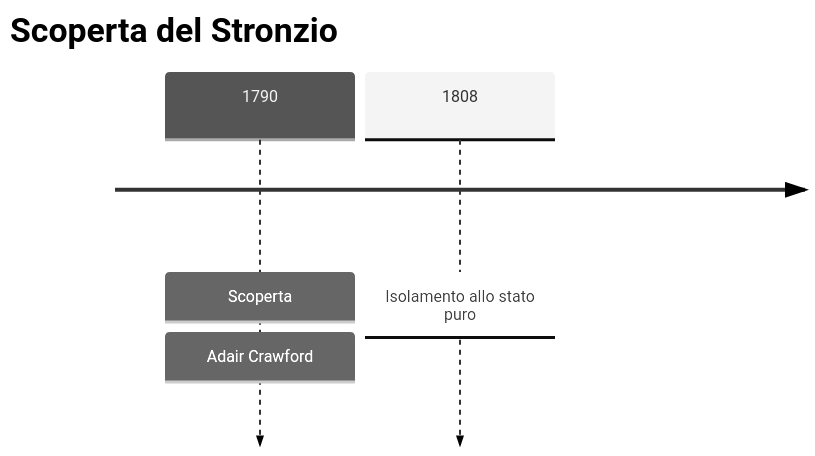
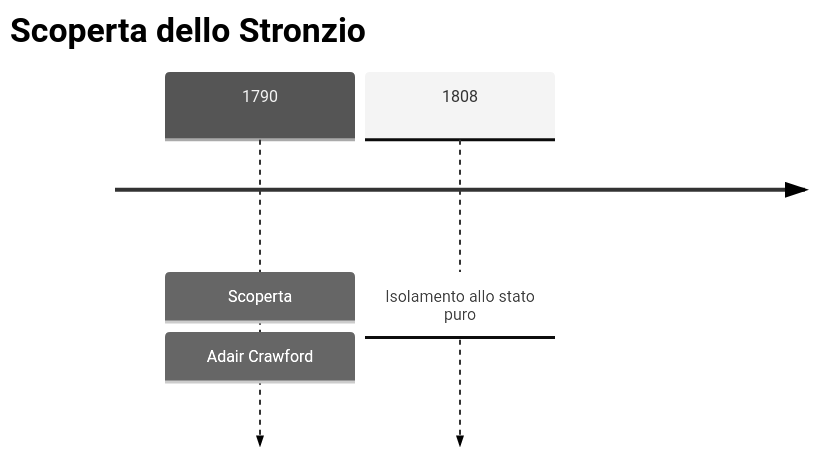
One commit to gianlucaciarcelluti/elements-caos changed the first of 2 diagrams in vault/Elementi/Stronzio.md. Above: the diagram before and after it, drawn with Mermaid (neutral theme). The commit also changed 3 other files, not shown here.

````diff
--- a/vault/Elementi/Stronzio.md
+++ b/vault/Elementi/Stronzio.md
@@ -28,6 +28,6 @@
 ```mermaid
 timeline
-    title Scoperta del Stronzio
+    title Scoperta dello Stronzio
     1790 : Scoperta : Adair Crawford
     1808 : Isolamento allo stato puro
 ```
````
